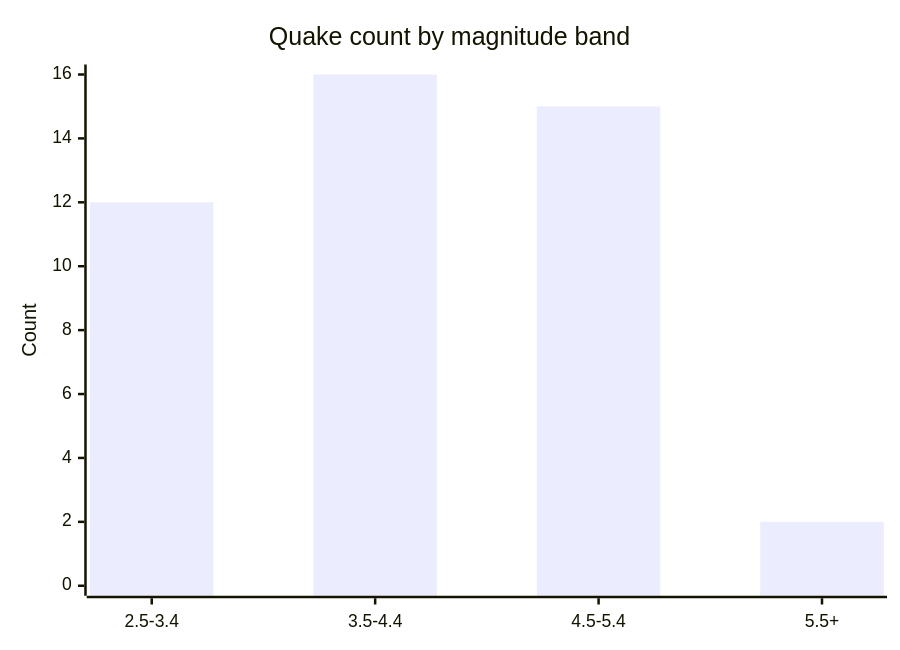
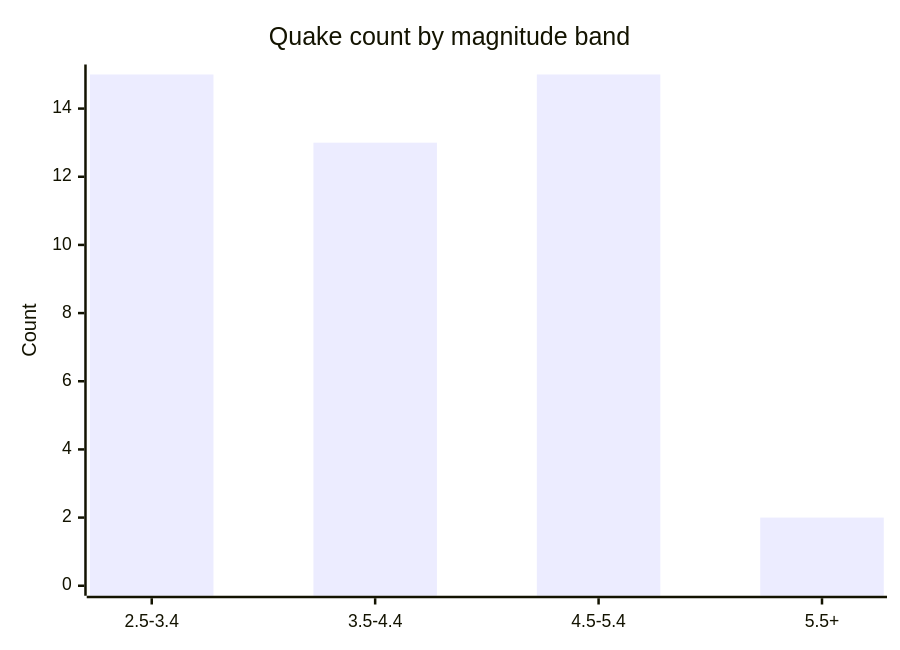
One commit to Midwest-Stratospheric/aerostratospheric-defense-gir changed the fifth of 6 diagrams in docs/GRAPHS.md. Above: the diagram before and after it, drawn with Mermaid. The commit also changed other lines of this file and 27 other files, not shown here.

````diff
--- a/docs/GRAPHS.md
+++ b/docs/GRAPHS.md
@@ -82,7 +82,7 @@
 ```mermaid
 xychart-beta
   title "Quake count by magnitude band"
   x-axis ["2.5-3.4", "3.5-4.4", "4.5-5.4", "5.5+"]
-  y-axis "Count" 0 --> 16
-  bar [12, 16, 15, 2]
+  y-axis "Count" 0 --> 15
+  bar [15, 13, 15, 2]
 ```
````
